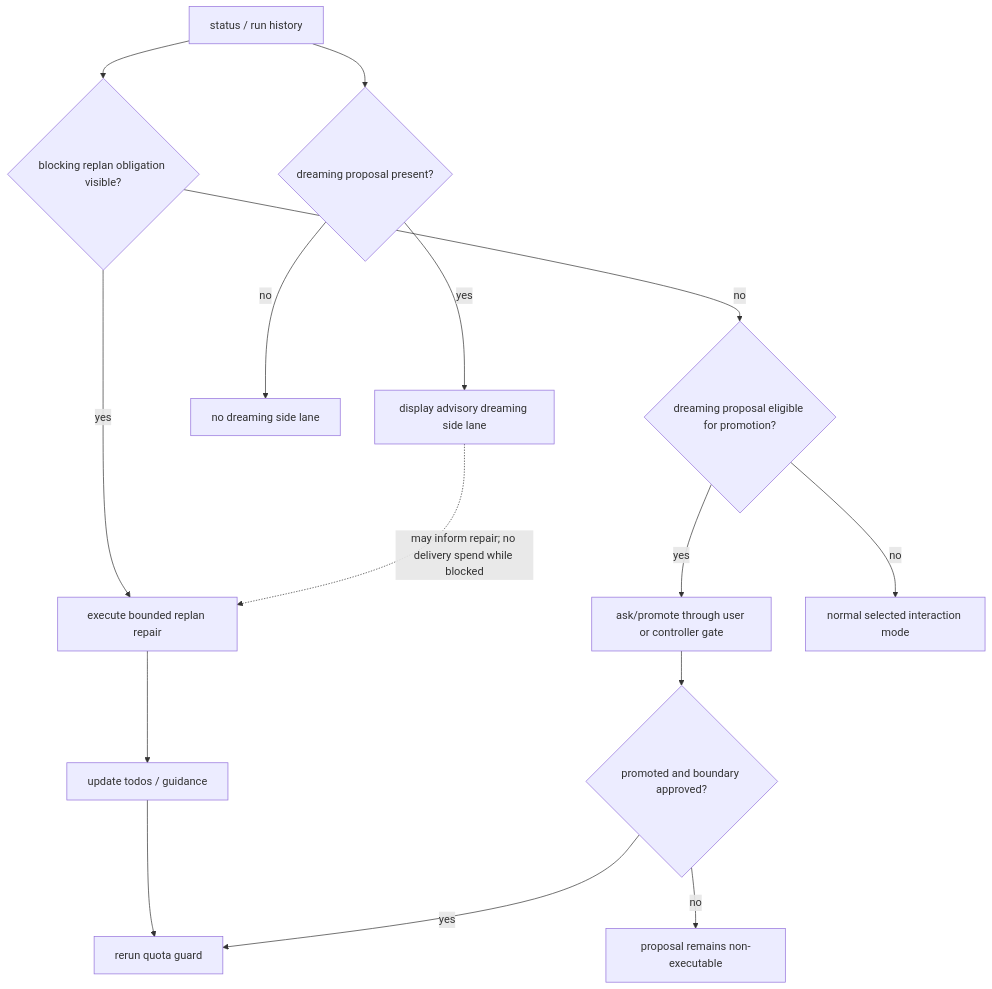
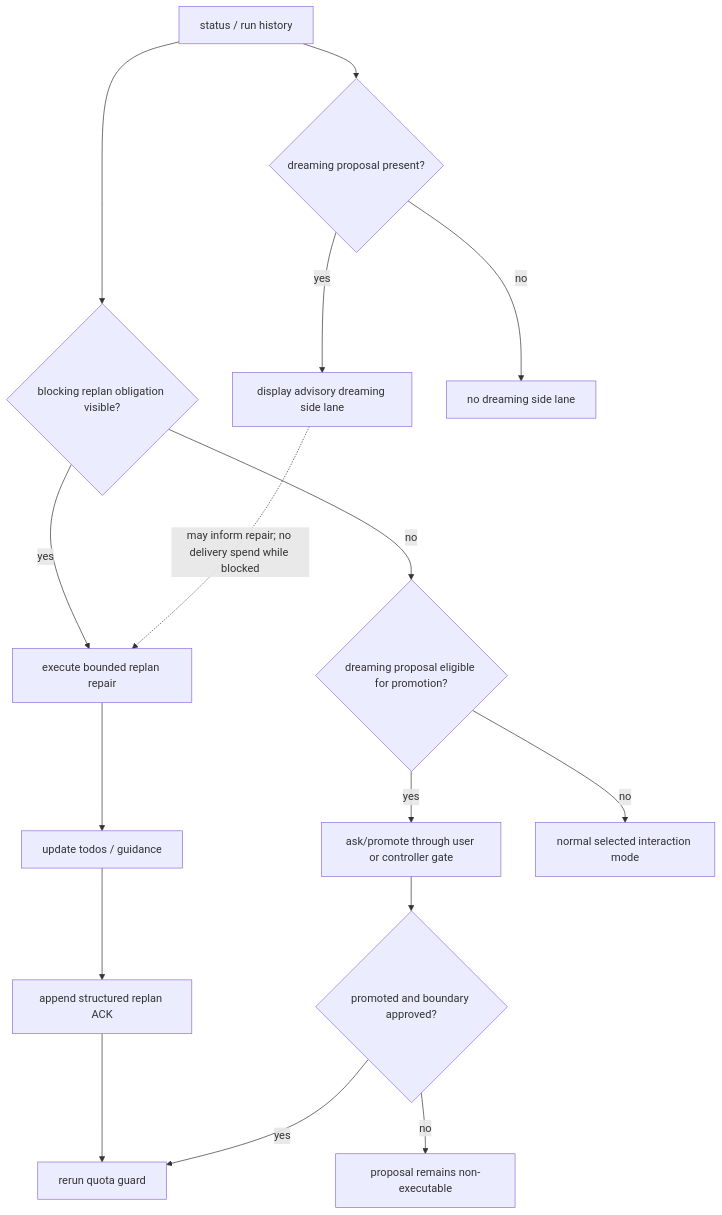
One commit to huangruiteng/goal-harness changed diagram 22 of 24 in docs/interaction-pattern-catalog.md. Above: the diagram before and after it, drawn with Mermaid. The commit also changed other lines of this file and 1 other file, not shown here.

Commit message:
docs: document explicit autonomous replan ack

````diff
--- a/docs/interaction-pattern-catalog.md
+++ b/docs/interaction-pattern-catalog.md
@@ -1327,17 +1348,18 @@
 ```mermaid
 flowchart TD
   S["status / run history"] --> R{"blocking replan obligation visible?"}
   S --> D{"dreaming proposal present?"}
   D -->|"yes"| V["display advisory dreaming side lane"]
   D -->|"no"| Z["no dreaming side lane"]
   R -->|"yes"| A["execute bounded replan repair"]
   A --> T["update todos / guidance"]
-  T --> Q["rerun quota guard"]
+  T --> C["append structured replan ACK"]
+  C --> Q["rerun quota guard"]
   V -. "may inform repair; no delivery spend while blocked" .-> A
   R -->|"no"| G{"dreaming proposal eligible for promotion?"}
   G -->|"yes"| U["ask/promote through user or controller gate"]
   U --> P{"promoted and boundary approved?"}
   P -->|"yes"| Q
   P -->|"no"| X["proposal remains non-executable"]
   G -->|"no"| N["normal selected interaction mode"]
 ```
````
